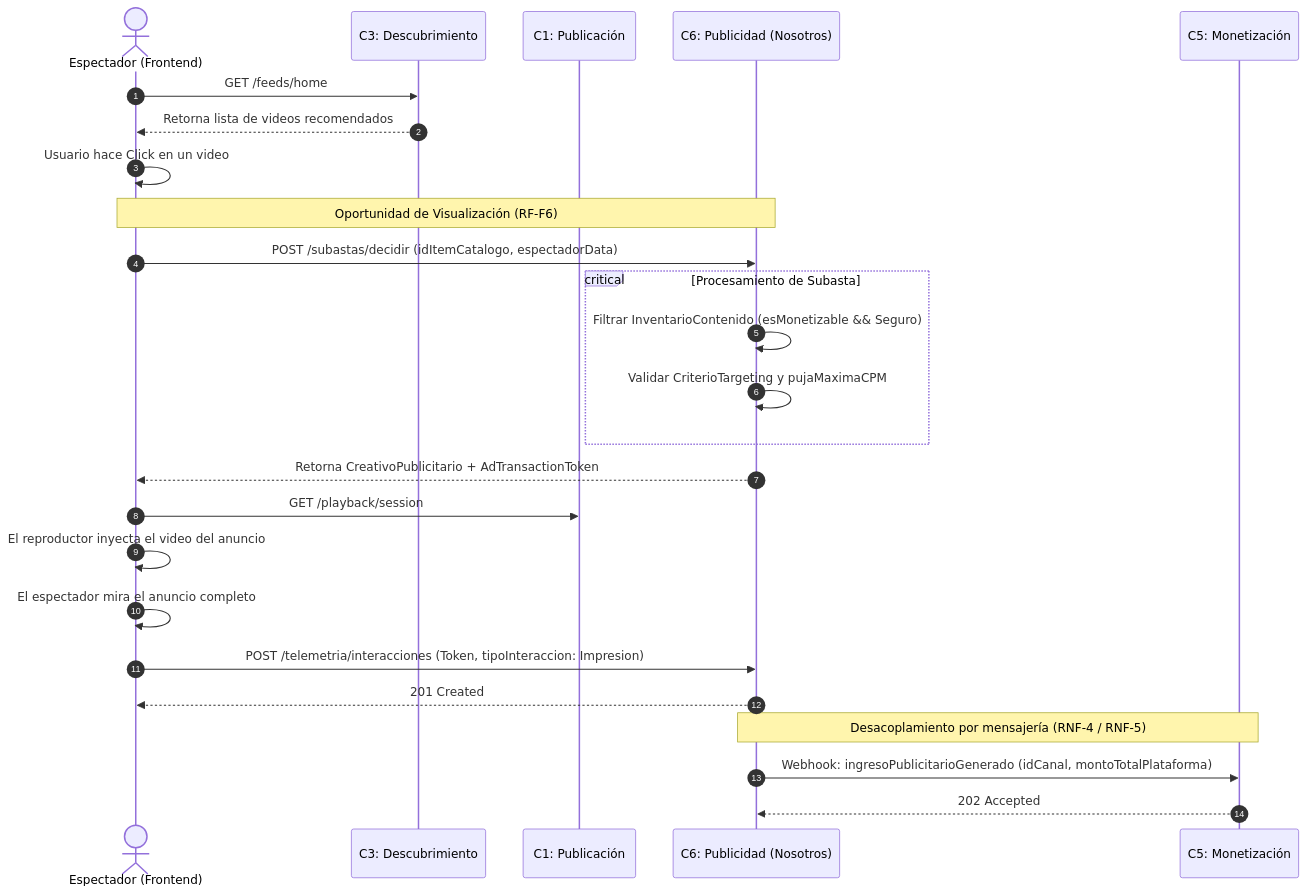
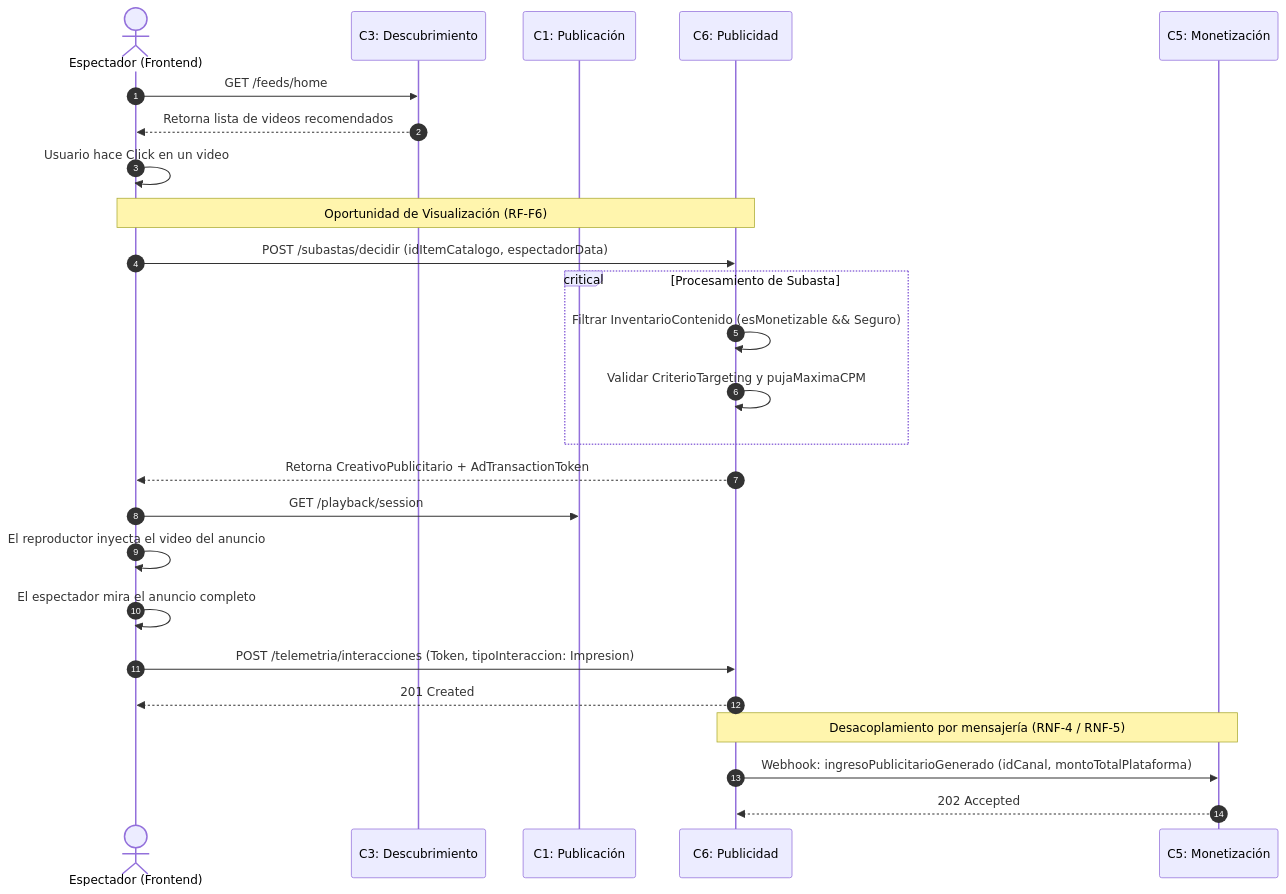
Before and after one commit to Wheaor/OpenAPI---Youtube: the second of 2 diagrams in bounded-contexts-6-publicidad/README.md, drawn with Mermaid.

````diff
--- a/bounded-contexts-6-publicidad/README.md
+++ b/bounded-contexts-6-publicidad/README.md
@@ -177,37 +177,37 @@
 ```mermaid
 sequenceDiagram
     autonumber
     actor Espectador as Espectador (Frontend)
     participant C3 as C3: Descubrimiento
     participant C1 as C1: Publicación
-    participant C6 as C6: Publicidad (Nosotros)
+    participant C6 as C6: Publicidad 
     participant C5 as C5: Monetización
 
     %% --- ETAPA 1: DESCUBRIMIENTO ---
     Espectador->>C3: GET /feeds/home
     C3-->>Espectador: Retorna lista de videos recomendados
     Espectador->>Espectador: Usuario hace Click en un video
 
     %% --- ETAPA 2: LA SUBASTA (CORE CONTEXTO 6) ---
     Note over Espectador, C6: Oportunidad de Visualización (RF-F6)
     Espectador->>C6: POST /subastas/decidir (idItemCatalogo, espectadorData)
     critical Procesamiento de Subasta
         C6->>C6: Filtrar InventarioContenido (esMonetizable && Seguro)
         C6->>C6: Validar CriterioTargeting y pujaMaximaCPM
     end
     C6-->>Espectador: Retorna CreativoPublicitario + AdTransactionToken
 
     %% --- ETAPA 3: PLAYBACK ---
     Espectador->>C1: GET /playback/session
     Espectador->>Espectador: El reproductor inyecta el video del anuncio
     Espectador->>Espectador: El espectador mira el anuncio completo
 
     %% --- ETAPA 4: TELEMETRÍA E INGRESOS ---
     Espectador->>C6: POST /telemetria/interacciones (Token, tipoInteraccion: Impresion)
     C6-->>Espectador: 201 Created
 
     %% --- INTEGRACIÓN ASÍNCRONA POR EVENTOS ---
     Note over C6, C5: Desacoplamiento por mensajería (RNF-4 / RNF-5)
     C6->>C5: Webhook: ingresoPublicitarioGenerado (idCanal, montoTotalPlataforma)
     C5-->>C6: 202 Accepted
 ```
````
